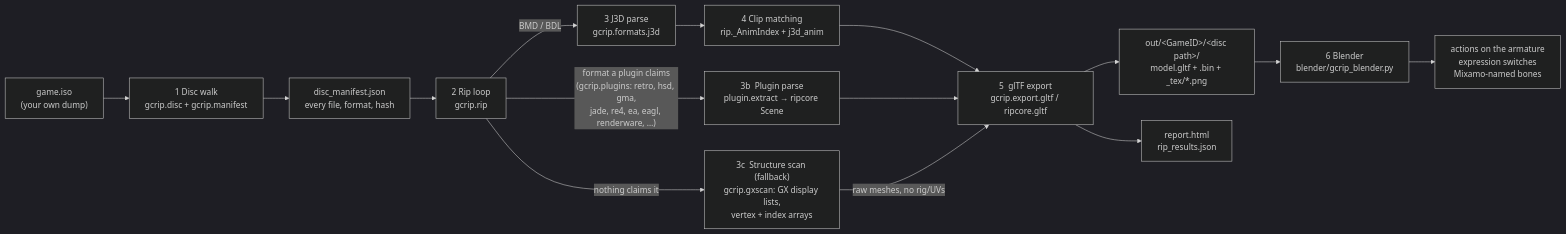
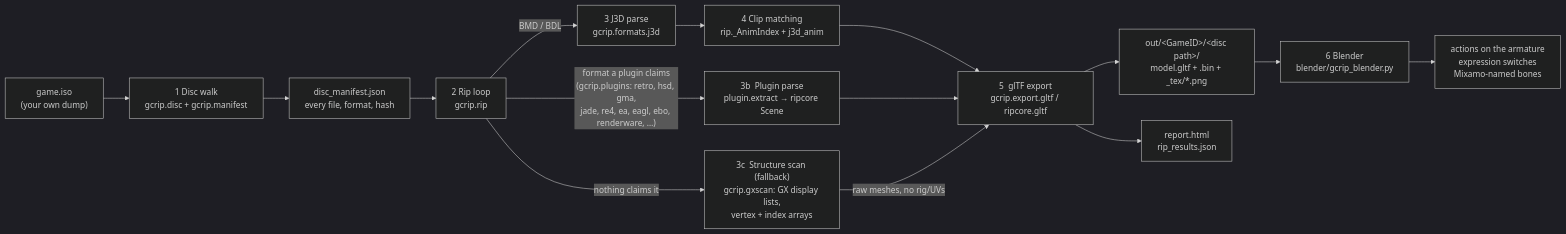
Before and after one commit to Felbs/3d-ripper-9000: the first of 8 diagrams in docs/PIPELINE.md, drawn with Mermaid (dark theme). The commit also changed other lines of this file and 3 other files, not shown here.

````diff
--- a/docs/PIPELINE.md
+++ b/docs/PIPELINE.md
@@ -11,17 +11,17 @@
 ```mermaid
 flowchart LR
     ISO["game.iso<br/>(your own dump)"] --> WALK["1  Disc walk<br/>gcrip.disc + gcrip.manifest"]
     WALK --> MAN["disc_manifest.json<br/>every file, format, hash"]
     MAN --> RIP["2  Rip loop<br/>gcrip.rip"]
     RIP -->|"BMD / BDL"| J3D["3  J3D parse<br/>gcrip.formats.j3d"]
-    RIP -->|"format a plugin claims<br/>(gcrip.plugins: retro, hsd, gma,<br/>jade, re4, ea, eagl, renderware, …)"| PLUG["3b  Plugin parse<br/>plugin.extract → ripcore Scene"]
+    RIP -->|"format a plugin claims<br/>(gcrip.plugins: retro, hsd, gma,<br/>jade, re4, ea, eagl, ebo, renderware, …)"| PLUG["3b  Plugin parse<br/>plugin.extract → ripcore Scene"]
     RIP -->|"nothing claims it"| GX["3c  Structure scan (fallback)<br/>gcrip.gxscan: GX display lists,<br/>vertex + index arrays"]
     J3D --> ANIM["4  Clip matching<br/>rip._AnimIndex + j3d_anim"]
     ANIM --> GLTF["5  glTF export<br/>gcrip.export.gltf / ripcore.gltf"]
     PLUG --> GLTF
     GX -->|"raw meshes, no rig/UVs"| GLTF
     GLTF --> OUT["out/&lt;GameID&gt;/&lt;disc path&gt;/<br/>model.gltf + .bin + _tex/*.png"]
     GLTF --> REP["report.html<br/>rip_results.json"]
     OUT --> BL["6  Blender<br/>blender/gcrip_blender.py"]
     BL --> PLAY["actions on the armature<br/>expression switches<br/>Mixamo-named bones"]
 ```
````
